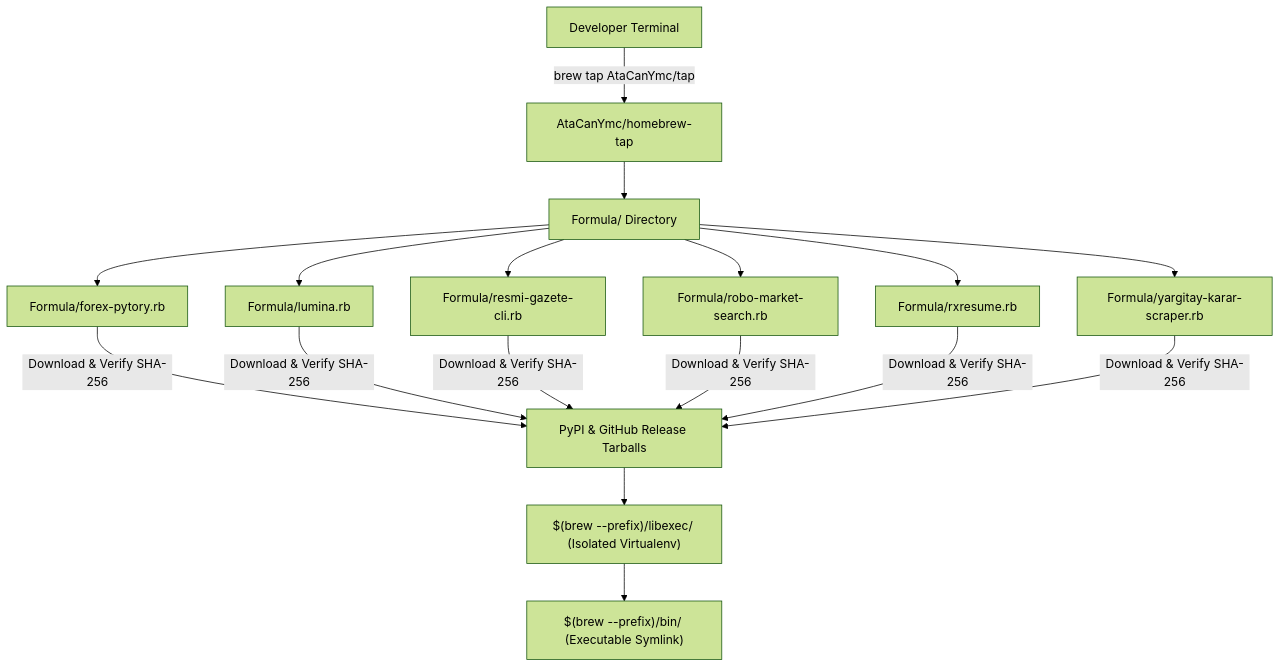
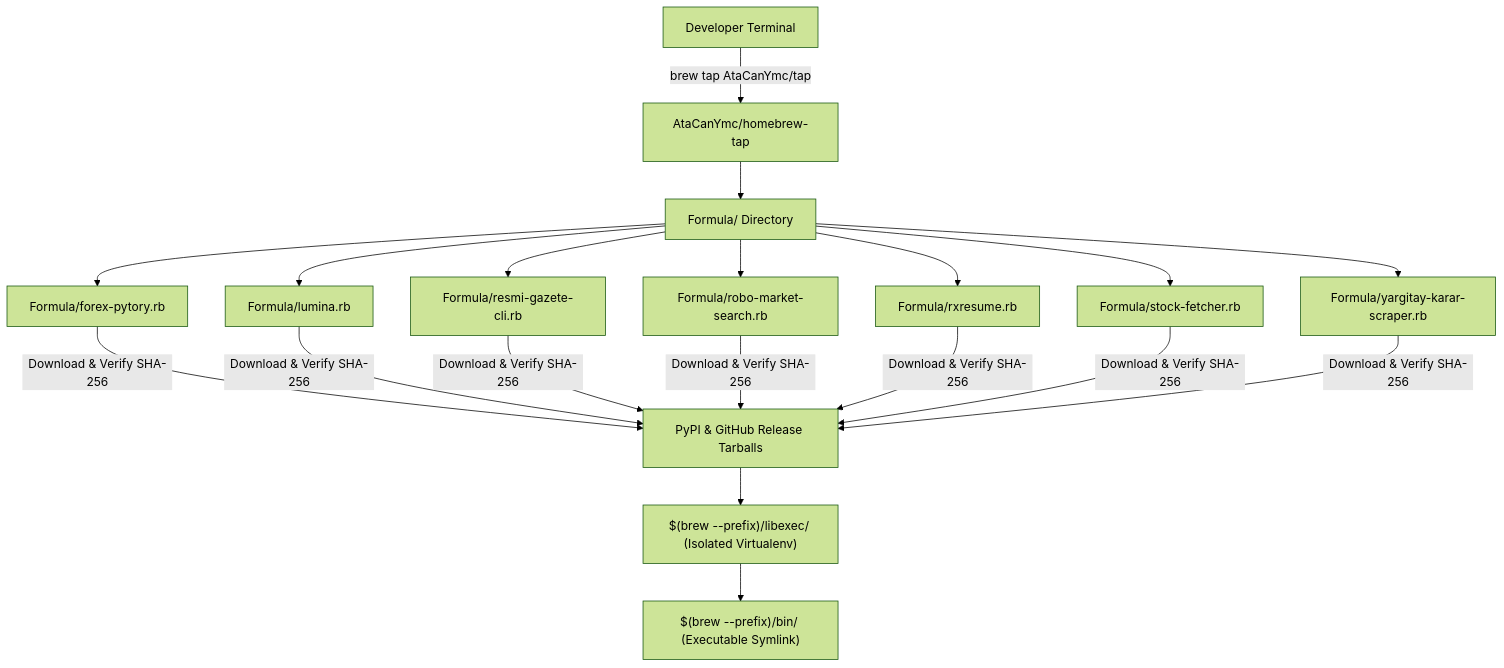
The diagram in README.md (AtaCanYmc/homebrew-tap), drawn with Mermaid (forest theme) before and after one commit. The commit also changed other lines of this file and 2 other files, not shown here.

Commit message:
feat(formula): add stock-fetcher v0.2.0

````diff
--- a/README.md
+++ b/README.md
@@ -35,16 +36,17 @@
 ```mermaid
 flowchart TD
     User["Developer Terminal"] -->|"brew tap AtaCanYmc/tap"| TapRepo["AtaCanYmc/homebrew-tap"]
     TapRepo --> FormulaDir["Formula/ Directory"]
 
     FormulaDir --> F1["Formula/forex-pytory.rb"]
     FormulaDir --> F2["Formula/lumina.rb"]
     FormulaDir --> F3["Formula/resmi-gazete-cli.rb"]
     FormulaDir --> F4["Formula/robo-market-search.rb"]
     FormulaDir --> F5["Formula/rxresume.rb"]
-    FormulaDir --> F6["Formula/yargitay-karar-scraper.rb"]
+    FormulaDir --> F6["Formula/stock-fetcher.rb"]
+    FormulaDir --> F7["Formula/yargitay-karar-scraper.rb"]
 
-    F1 & F2 & F3 & F4 & F5 & F6 -->|"Download & Verify SHA-256"| Upstream["PyPI & GitHub Release Tarballs"]
+    F1 & F2 & F3 & F4 & F5 & F6 & F7 -->|"Download & Verify SHA-256"| Upstream["PyPI & GitHub Release Tarballs"]
     Upstream --> Venv["$(brew --prefix)/libexec/<formula> (Isolated Virtualenv)"]
     Venv --> Bin["$(brew --prefix)/bin/<binary> (Executable Symlink)"]
 ```
````
